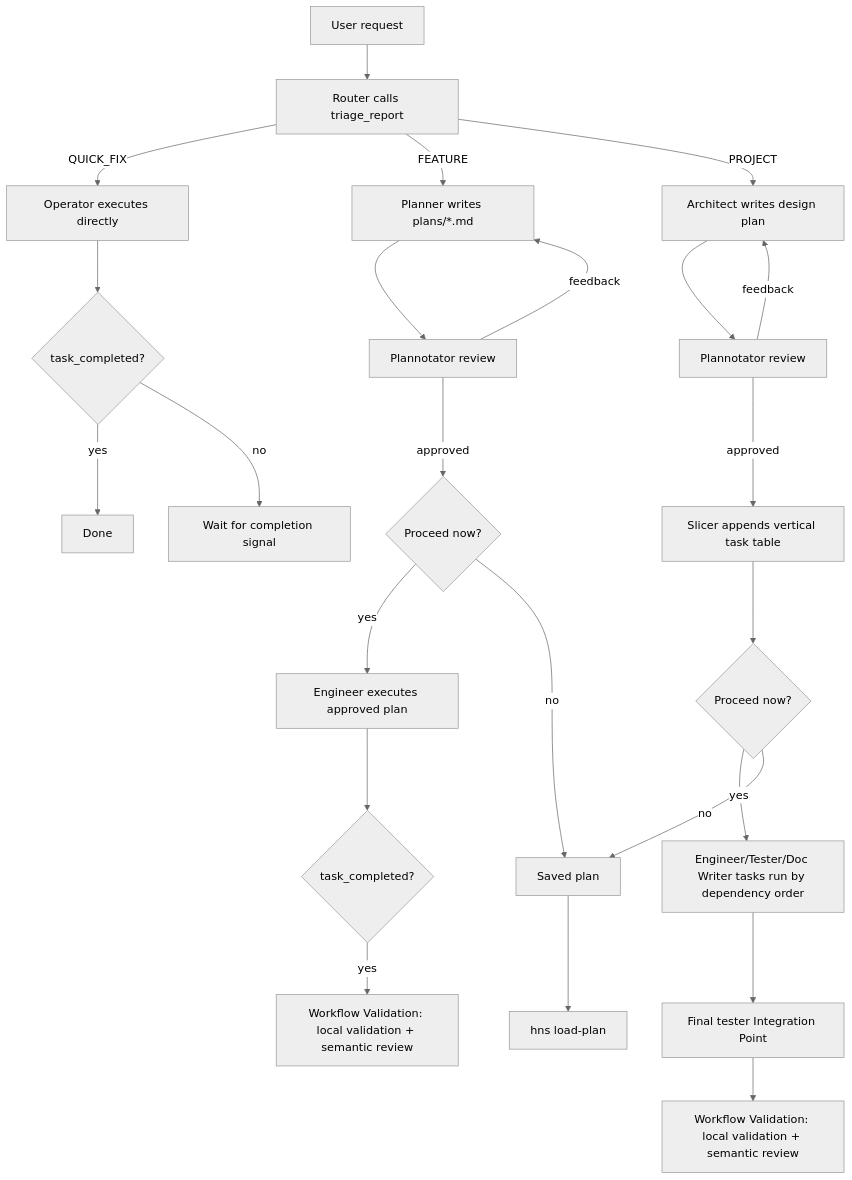
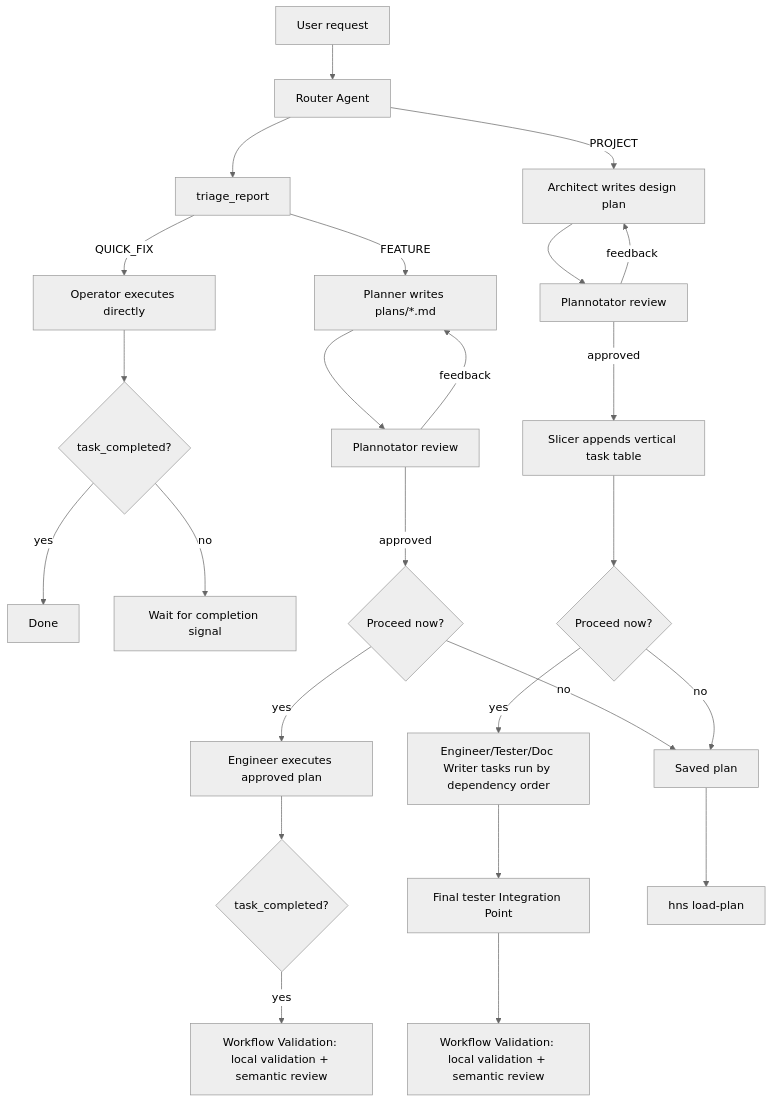
The diagram in README.md (gandazgul/harns), drawn with Mermaid (neutral theme) before and after one commit. The commit also changed other lines of this file and 29 other files, not shown here.

````diff
--- a/README.md
+++ b/README.md
@@ -42,30 +42,31 @@
 ```mermaid
 flowchart TD
-    U[User request] --> R[Router calls triage_report]
+    U[User request] --> R[Router Agent]
+    R --> TR[triage_report]
 
-    R -->|QUICK_FIX| O[Operator executes directly]
+    TR -->|QUICK_FIX| O[Operator executes directly]
     O --> TC1{task_completed?}
     TC1 -->|yes| QD[Done]
     TC1 -->|no| W1[Wait for completion signal]
 
-    R -->|FEATURE| P[Planner writes plans/*.md]
+    TR -->|FEATURE| P[Planner writes plans/*.md]
     P --> PR[Plannotator review]
     PR -->|feedback| P
     PR -->|approved| PA{Proceed now?}
     PA -->|yes| E[Engineer executes approved plan]
     PA -->|no| SP[Saved plan]
     E --> TC2{task_completed?}
     TC2 -->|yes| V2[Workflow Validation: local validation + semantic review]
 
     R -->|PROJECT| A[Architect writes design plan]
     A --> PR2[Plannotator review]
     PR2 -->|feedback| A
     PR2 -->|approved| S[Slicer appends vertical task table]
     S --> PX{Proceed now?}
     PX -->|yes| T[Engineer/Tester/Doc Writer tasks run by dependency order]
     PX -->|no| SP
     T --> IP[Final tester Integration Point]
     IP --> V3[Workflow Validation: local validation + semantic review]
 
     SP --> LP[hns load-plan]
 ```
````
